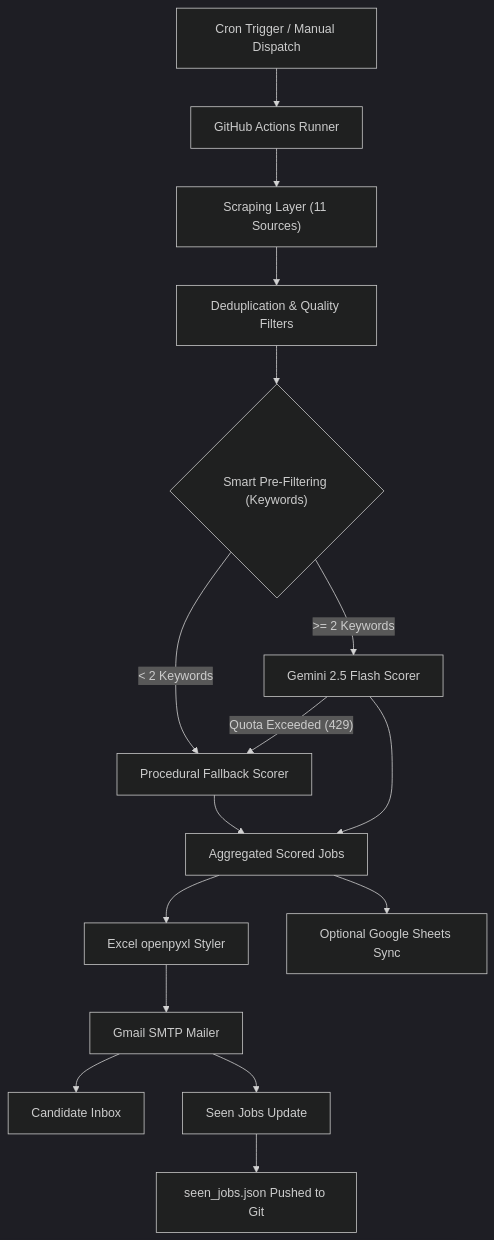
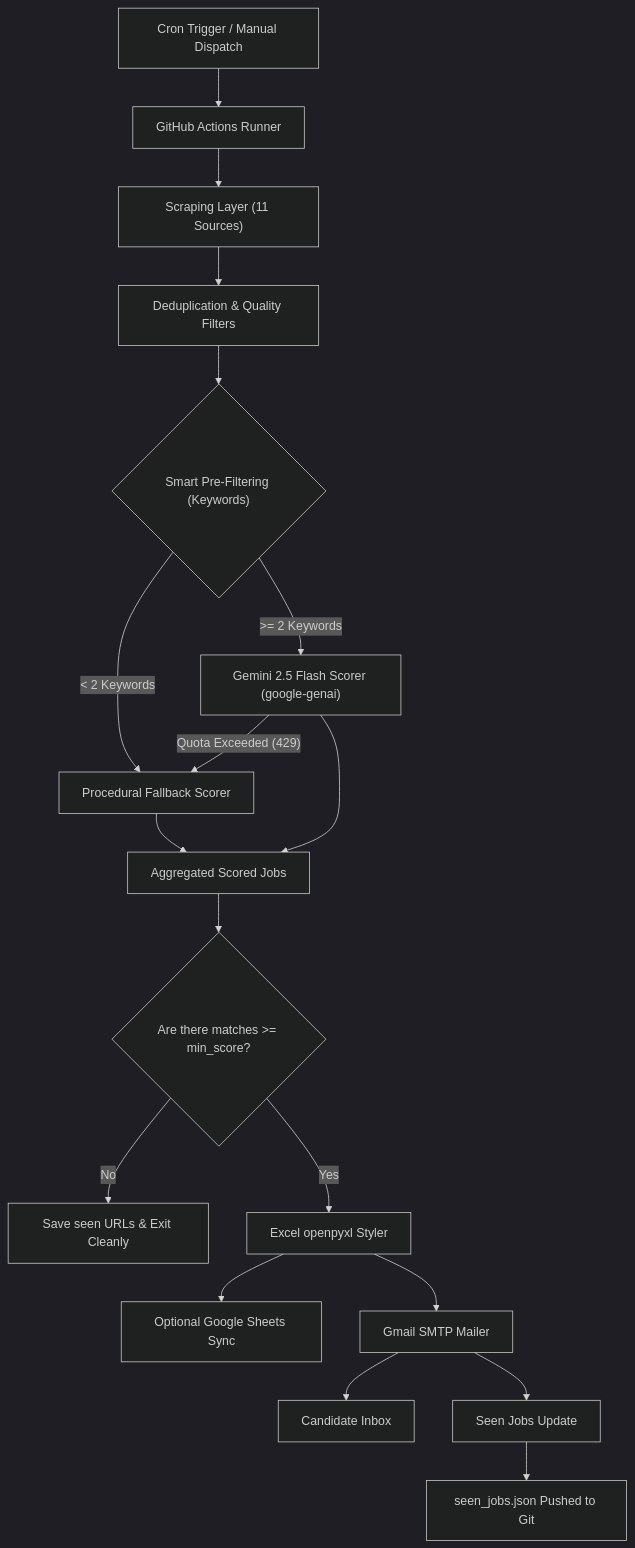
One commit to srinivassarkar/OpsHuntCLI changed the diagram in ARCHITECTURE.md. Above: the diagram before and after it, drawn with Mermaid (dark theme). The commit also changed other lines of this file and 1 other file, not shown here.

Commit message:
docs: update ARCHITECTURE.md and README.md with final design and usage instructions

````diff
--- a/ARCHITECTURE.md
+++ b/ARCHITECTURE.md
@@ -13,18 +13,20 @@
 ```mermaid
 graph TD
     A["Cron Trigger / Manual Dispatch"] --> B["GitHub Actions Runner"]
     B --> C["Scraping Layer (11 Sources)"]
     C --> D["Deduplication & Quality Filters"]
     D --> E{"Smart Pre-Filtering (Keywords)"}
     E -->|"< 2 Keywords"| F["Procedural Fallback Scorer"]
-    E -->|">= 2 Keywords"| G["Gemini 2.5 Flash Scorer"]
+    E -->|">= 2 Keywords"| G["Gemini 2.5 Flash Scorer (google-genai)"]
     G -->|"Quota Exceeded (429)"| F
     F --> H["Aggregated Scored Jobs"]
     G --> H
-    H --> I["Excel openpyxl Styler"]
-    H --> J["Optional Google Sheets Sync"]
-    I --> K["Gmail SMTP Mailer"]
-    K --> L["Candidate Inbox"]
-    K --> M["Seen Jobs Update"]
-    M --> N["seen_jobs.json Pushed to Git"]
+    H --> I{"Are there matches >= min_score?"}
+    I -->|No| J["Save seen URLs & Exit Cleanly"]
+    I -->|Yes| K["Excel openpyxl Styler"]
+    K --> L["Optional Google Sheets Sync"]
+    K --> M["Gmail SMTP Mailer"]
+    M --> N["Candidate Inbox"]
+    M --> O["Seen Jobs Update"]
+    O --> P["seen_jobs.json Pushed to Git"]
 ```
````
